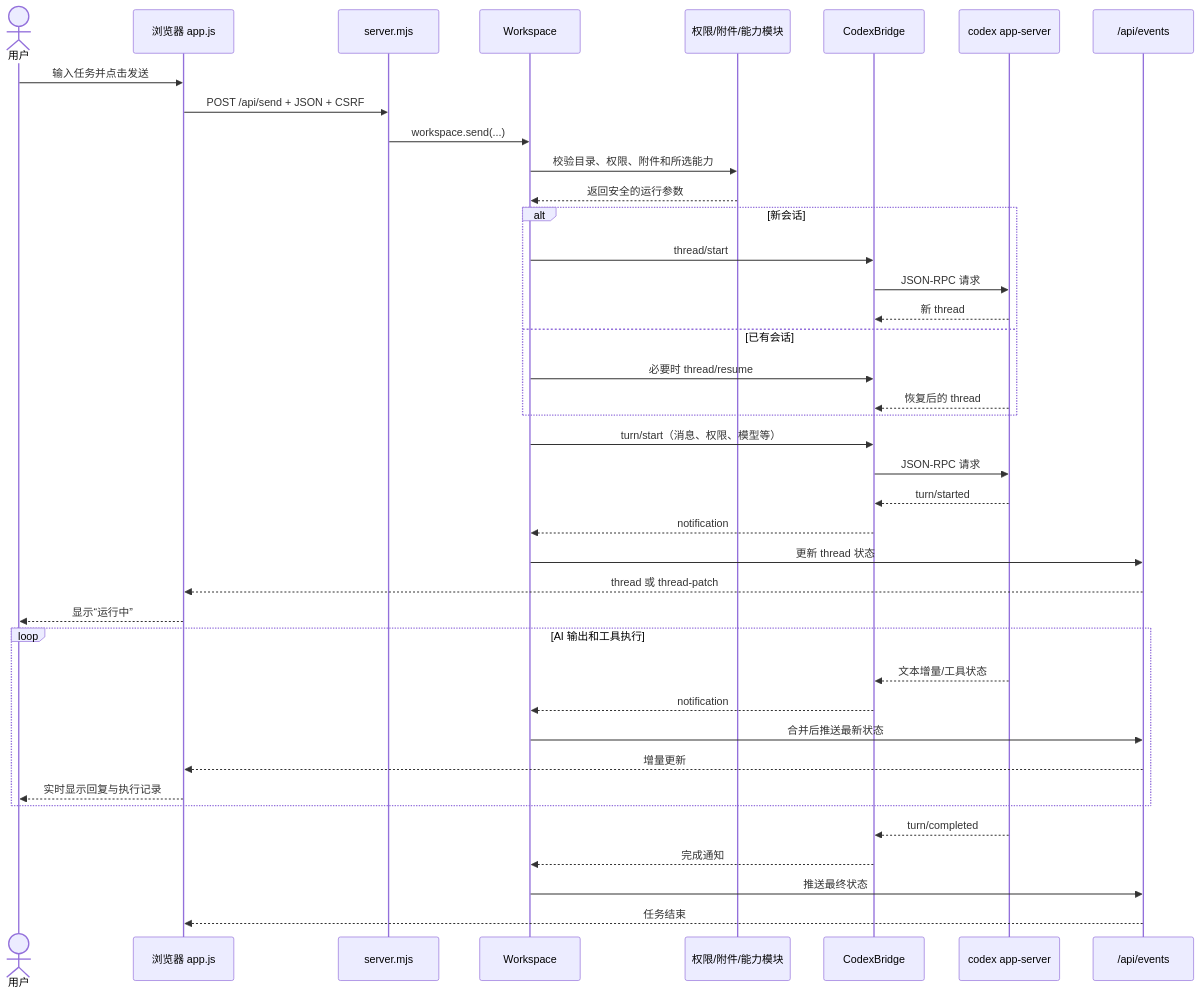
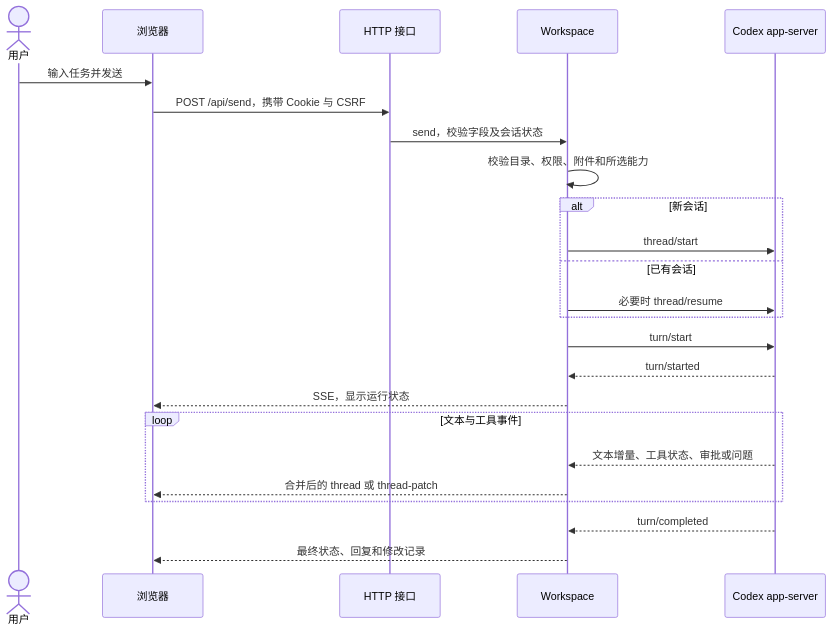
One commit to liuxiansheng-w/codex_web_used_bybigdata changed the third of 7 diagrams in 项目原理详解.md. Above: the diagram before and after it, drawn with Mermaid. The commit also changed other lines of this file and 63 other files, not shown here.

````diff
--- a/项目原理详解.md
+++ b/项目原理详解.md
@@ -115,43 +151,26 @@
 ```mermaid
 sequenceDiagram
     actor User as 用户
-    participant UI as 浏览器 app.js
-    participant HTTP as server.mjs
+    participant UI as 浏览器
+    participant API as HTTP 接口
     participant WS as Workspace
-    participant Policy as 权限/附件/能力模块
-    participant Bridge as CodexBridge
-    participant Codex as codex app-server
-    participant SSE as /api/events
-
-    User->>UI: 输入任务并点击发送
-    UI->>HTTP: POST /api/send + JSON + CSRF
-    HTTP->>WS: workspace.send(...)
-    WS->>Policy: 校验目录、权限、附件和所选能力
-    Policy-->>WS: 返回安全的运行参数
+    participant Runtime as Codex app-server
+    User->>UI: 输入任务并发送
+    UI->>API: POST /api/send，携带 Cookie 与 CSRF
+    API->>WS: send，校验字段及会话状态
+    WS->>WS: 校验目录、权限、附件和所选能力
     alt 新会话
-        WS->>Bridge: thread/start
-        Bridge->>Codex: JSON-RPC 请求
-        Codex-->>Bridge: 新 thread
+        WS->>Runtime: thread/start
     else 已有会话
-        WS->>Bridge: 必要时 thread/resume
-        Codex-->>Bridge: 恢复后的 thread
+        WS->>Runtime: 必要时 thread/resume
     end
-    WS->>Bridge: turn/start（消息、权限、模型等）
-    Bridge->>Codex: JSON-RPC 请求
-    Codex-->>Bridge: turn/started
-    Bridge-->>WS: notification
-    WS->>SSE: 更新 thread 状态
-    SSE-->>UI: thread 或 thread-patch
-    UI-->>User: 显示“运行中”
-    loop AI 输出和工具执行
-        Codex-->>Bridge: 文本增量/工具状态
-        Bridge-->>WS: notification
-        WS->>SSE: 合并后推送最新状态
-        SSE-->>UI: 增量更新
-        UI-->>User: 实时显示回复与执行记录
+    WS->>Runtime: turn/start
+    Runtime-->>WS: turn/started
+    WS-->>UI: SSE，显示运行状态
+    loop 文本与工具事件
+        Runtime-->>WS: 文本增量、工具状态、审批或问题
+        WS-->>UI: 合并后的 thread 或 thread-patch
     end
-    Codex-->>Bridge: turn/completed
-    Bridge-->>WS: 完成通知
-    WS->>SSE: 推送最终状态
-    SSE-->>UI: 任务结束
+    Runtime-->>WS: turn/completed
+    WS-->>UI: 最终状态、回复和修改记录
 ```
````
